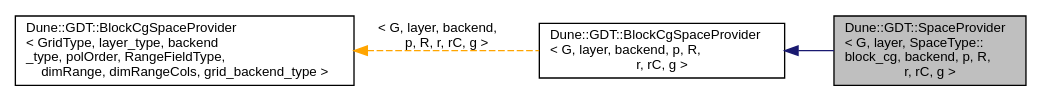
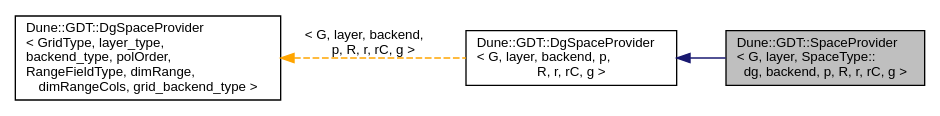
The diagram in docs/dune-gdt/master/a02936.dot (dune-community/dune-community.github.io), drawn with Graphviz before and after one commit. The commit also changed 1973 other files, not shown here.

Commit message:
Updated documentation for dune-gdt master

```diff
--- a/docs/dune-gdt/master/a02936.dot
+++ b/docs/dune-gdt/master/a02936.dot
@@ -1,11 +1,11 @@
-digraph "Dune::GDT::SpaceProvider&lt; G, layer, SpaceType::block_cg, backend, p, R, r, rC, g &gt;"
+digraph "Dune::GDT::SpaceProvider&lt; G, layer, SpaceType::dg, backend, p, R, r, rC, g &gt;"
 {
   edge [fontname="Helvetica",fontsize="10",labelfontname="Helvetica",labelfontsize="10"];
   node [fontname="Helvetica",fontsize="10",shape=record];
   rankdir="LR";
-  Node0 [label="Dune::GDT::SpaceProvider\l\< G, layer, SpaceType::\lblock_cg, backend, p, R,\l r, rC, g \>",height=0.2,width=0.4,color="black", fillcolor="grey75", style="filled", fontcolor="black"];
+  Node0 [label="Dune::GDT::SpaceProvider\l\< G, layer, SpaceType::\ldg, backend, p, R, r, rC, g \>",height=0.2,width=0.4,color="black", fillcolor="grey75", style="filled", fontcolor="black"];
   Node1 -> Node0 [dir="back",color="midnightblue",fontsize="10",style="solid",fontname="Helvetica"];
-  Node1 [label="Dune::GDT::BlockCgSpaceProvider\l\< G, layer, backend, p, R,\l r, rC, g \>",height=0.2,width=0.4,color="black", fillcolor="white", style="filled",URL="$a02493.html"];
+  Node1 [label="Dune::GDT::DgSpaceProvider\l\< G, layer, backend, p,\l R, r, rC, g \>",height=0.2,width=0.4,color="black", fillcolor="white", style="filled",URL="$a02605.html"];
   Node2 -> Node1 [dir="back",color="orange",fontsize="10",style="dashed",label=" \< G, layer, backend,\l p, R, r, rC, g \>" ,fontname="Helvetica"];
-  Node2 [label="Dune::GDT::BlockCgSpaceProvider\l\< GridType, layer_type, backend\l_type, polOrder, RangeFieldType,\l dimRange, dimRangeCols, grid_backend_type \>",height=0.2,width=0.4,color="black", fillcolor="white", style="filled",URL="$a02493.html"];
+  Node2 [label="Dune::GDT::DgSpaceProvider\l\< GridType, layer_type,\l backend_type, polOrder,\l RangeFieldType, dimRange,\l dimRangeCols, grid_backend_type \>",height=0.2,width=0.4,color="black", fillcolor="white", style="filled",URL="$a02605.html"];
 }
```
